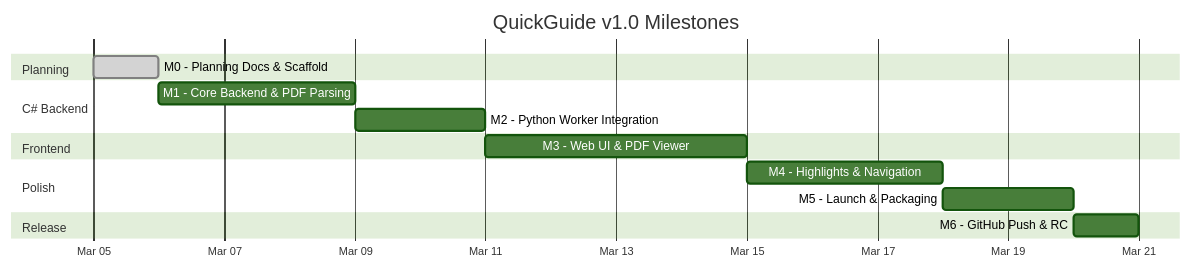
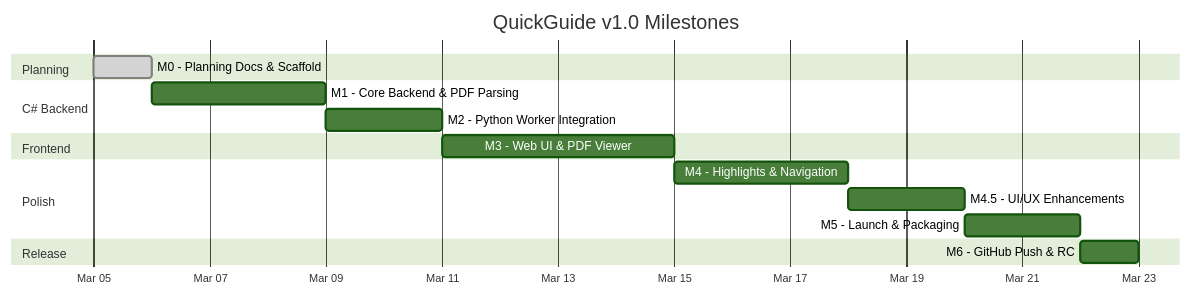
Before and after one commit to Ethan-da-Tech-Wizard/Quick_Guide: the diagram in docs/06_scope_and_milestones.md, drawn with Mermaid (forest theme). The commit also changed other lines of this file and 2 other files, not shown here.

````diff
--- a/docs/06_scope_and_milestones.md
+++ b/docs/06_scope_and_milestones.md
@@ -39,23 +41,24 @@
 ```mermaid
 gantt
     title QuickGuide v1.0 Milestones
     dateFormat  YYYY-MM-DD
     axisFormat  %b %d
 
     section Planning
     M0 - Planning Docs & Scaffold   :done, m0, 2026-03-05, 1d
 
     section C# Backend
     M1 - Core Backend & PDF Parsing :m1, after m0, 3d
     M2 - Python Worker Integration  :m2, after m1, 2d
 
     section Frontend
     M3 - Web UI & PDF Viewer        :m3, after m2, 4d
 
     section Polish
     M4 - Highlights & Navigation    :m4, after m3, 3d
-    M5 - Launch & Packaging         :m5, after m4, 2d
+    M4.5 - UI/UX Enhancements       :m45, after m4, 2d
+    M5 - Launch & Packaging         :m5, after m45, 2d
 
     section Release
     M6 - GitHub Push & RC           :m6, after m5, 1d
 ```
````
